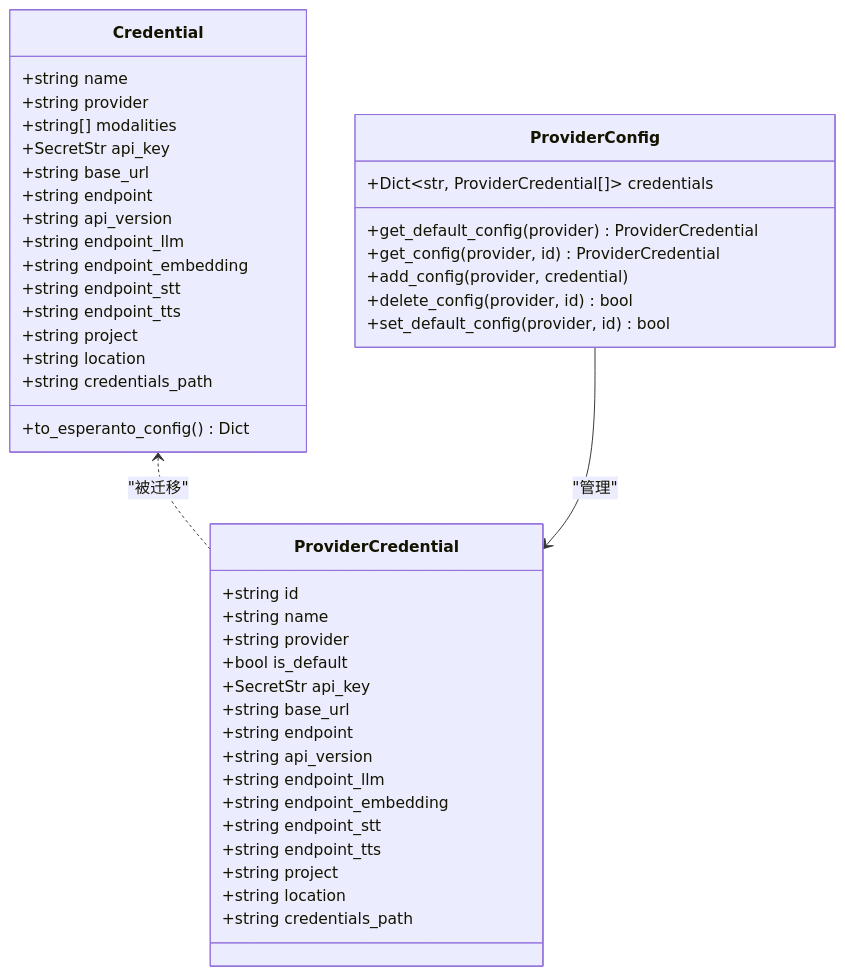
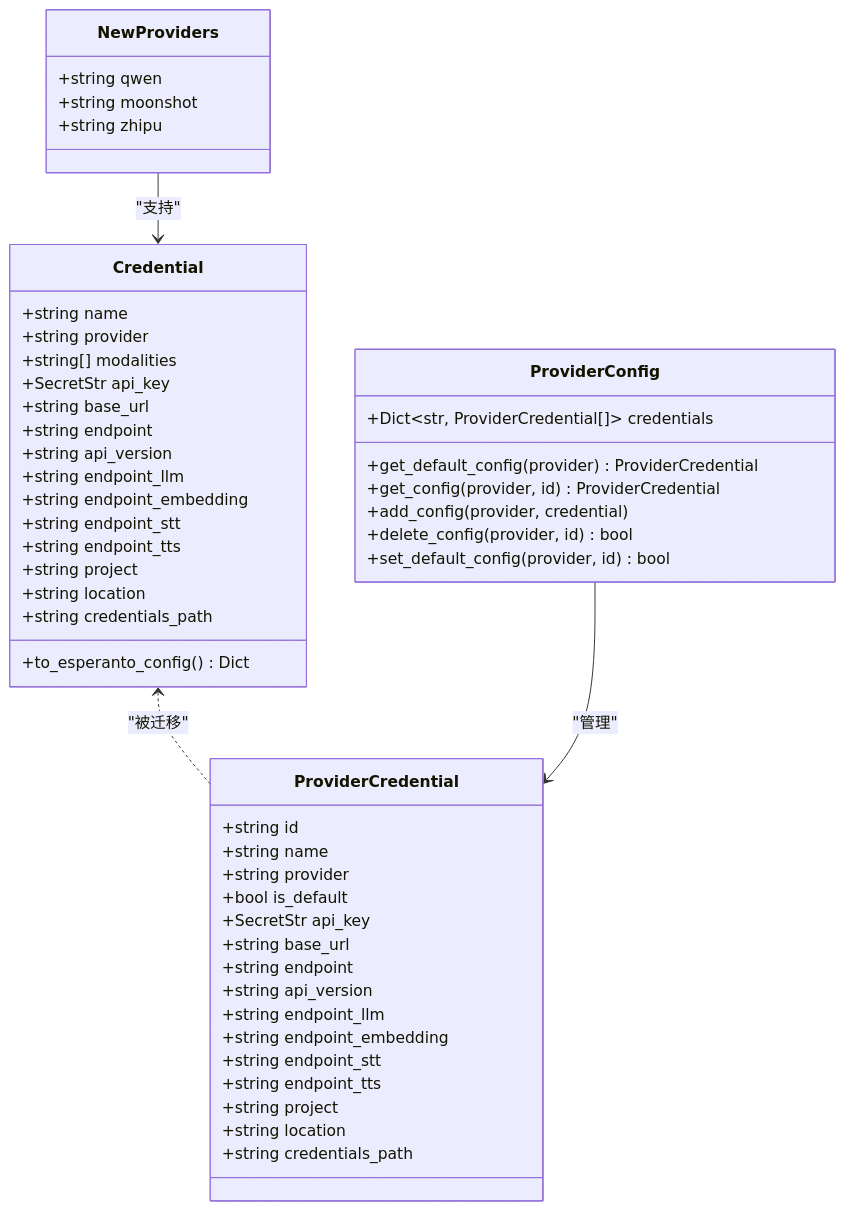
The third of 7 diagrams in .qoder/repowiki/zh/content/后端架构/AI服务集成/AI服务集成.md (jackeyunjie/open-notebook), drawn with Mermaid before and after one commit. The commit also changed other lines of this file and 24 other files, not shown here.

````diff
--- a/.qoder/repowiki/zh/content/后端架构/AI服务集成/AI服务集成.md
+++ b/.qoder/repowiki/zh/content/后端架构/AI服务集成/AI服务集成.md
@@ -167,47 +181,53 @@
 ```mermaid
 classDiagram
 class Credential {
 +string name
 +string provider
 +string[] modalities
 +SecretStr api_key
 +string base_url
 +string endpoint
 +string api_version
 +string endpoint_llm
 +string endpoint_embedding
 +string endpoint_stt
 +string endpoint_tts
 +string project
 +string location
 +string credentials_path
 +to_esperanto_config() Dict
 }
 class ProviderConfig {
 +Dict~str, ProviderCredential[]~ credentials
 +get_default_config(provider) ProviderCredential
 +get_config(provider, id) ProviderCredential
 +add_config(provider, credential)
 +delete_config(provider, id) bool
 +set_default_config(provider, id) bool
 }
 class ProviderCredential {
 +string id
 +string name
 +string provider
 +bool is_default
 +SecretStr api_key
 +string base_url
 +string endpoint
 +string api_version
 +string endpoint_llm
 +string endpoint_embedding
 +string endpoint_stt
 +string endpoint_tts
 +string project
 +string location
 +string credentials_path
 }
+class NewProviders {
++string qwen
++string moonshot
++string zhipu
+}
 Credential <.. ProviderCredential : "被迁移"
 ProviderConfig --> ProviderCredential : "管理"
+NewProviders --> Credential : "支持"
 ```
````
